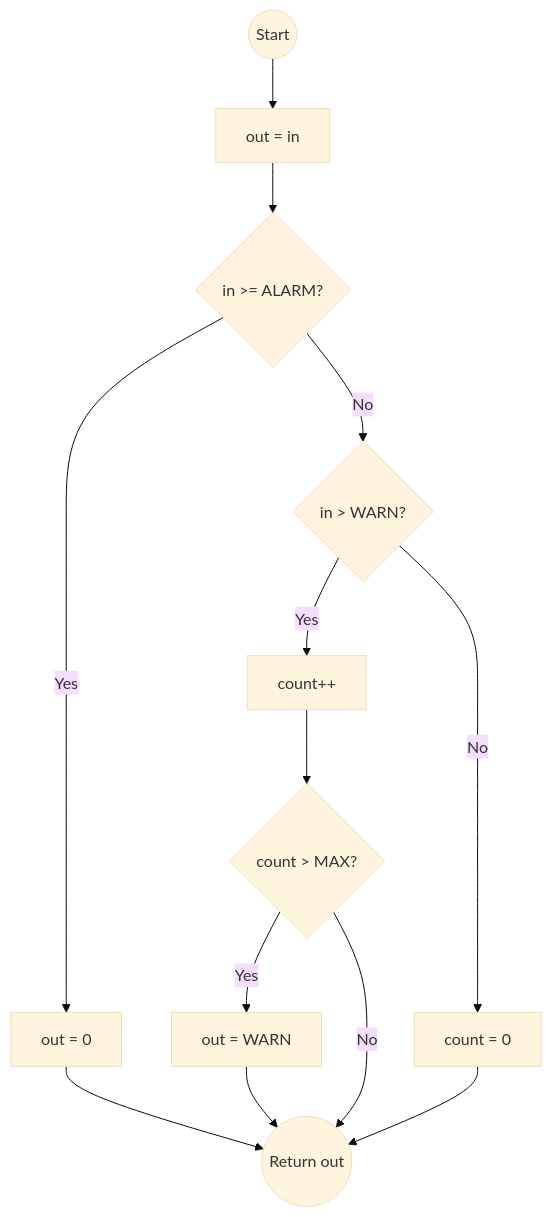
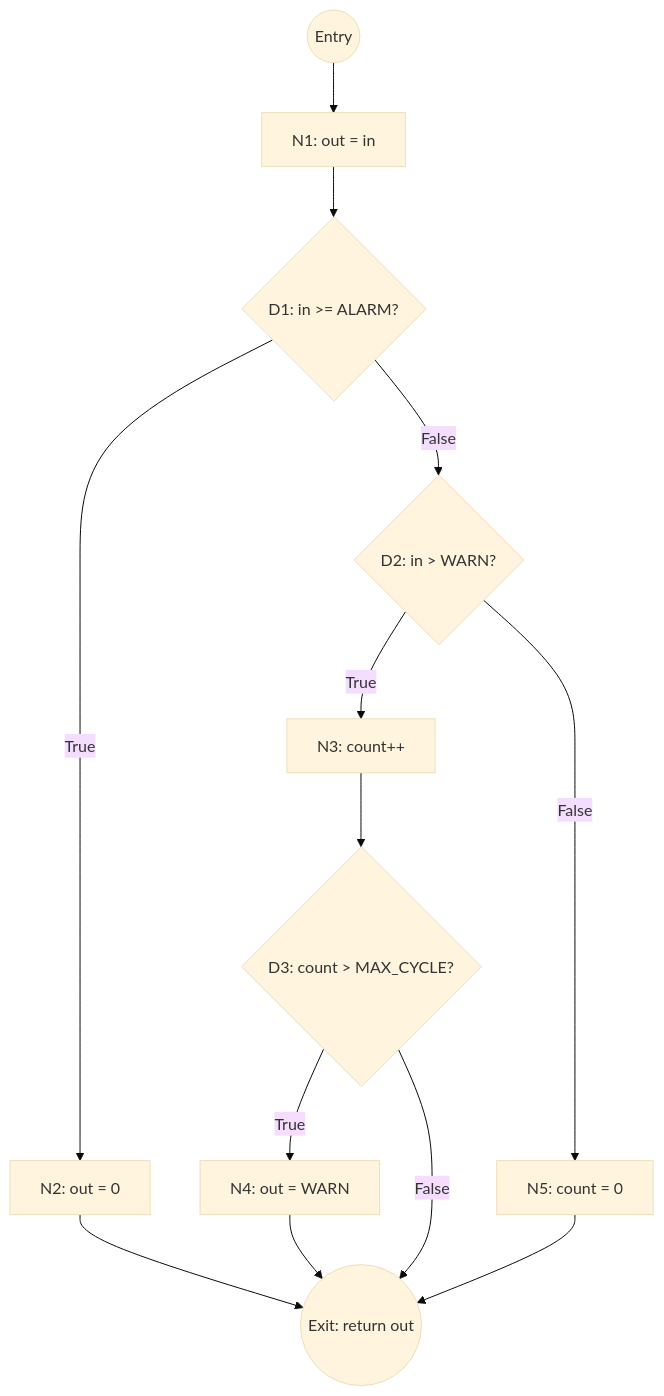
One commit to Siddharthpatni/Requirment_Asssignment changed the second of 2 diagrams in solution2.md. Above: the diagram before and after it, drawn with Mermaid (base theme). The commit also changed other lines of this file, not shown here.

````diff
--- a/solution2.md
+++ b/solution2.md
@@ -186,20 +194,20 @@
 ```mermaid
 graph TD
-    Start((Start)) --> Init[out = in]
-    Init --> Dec1{in >= ALARM?}
+    S((Entry)) --> N1["N1: out = in"]
+    N1 --> D1{"D1: in >= ALARM?"}
     
-    Dec1 -- Yes --> Set0[out = 0]
-    Set0 --> Return((Return out))
+    D1 -- True --> N2["N2: out = 0"]
+    N2 --> E((Exit: return out))
     
-    Dec1 -- No --> Dec2{in > WARN?}
+    D1 -- False --> D2{"D2: in > WARN?"}
     
-    Dec2 -- Yes --> Inc[count++]
-    Inc --> Dec3{count > MAX?}
+    D2 -- True --> N3["N3: count++"]
+    N3 --> D3{"D3: count > MAX_CYCLE?"}
     
-    Dec3 -- Yes --> Limit[out = WARN]
-    Limit --> Return
-    Dec3 -- No --> Return
+    D3 -- True --> N4["N4: out = WARN"]
+    N4 --> E
+    D3 -- False --> E
     
-    Dec2 -- No --> Reset[count = 0]
-    Reset --> Return
+    D2 -- False --> N5["N5: count = 0"]
+    N5 --> E
 ```
````
